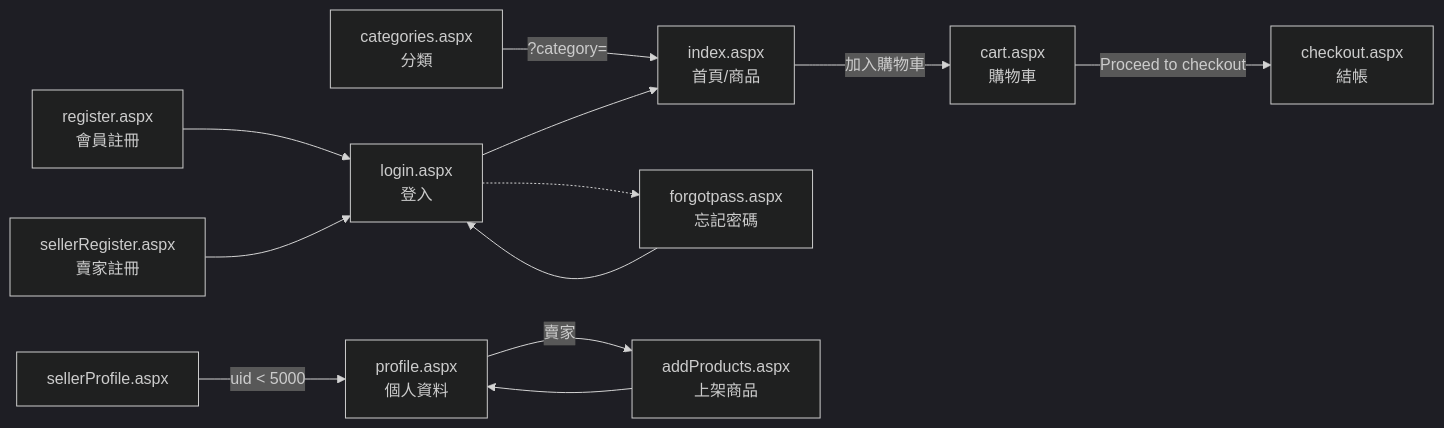
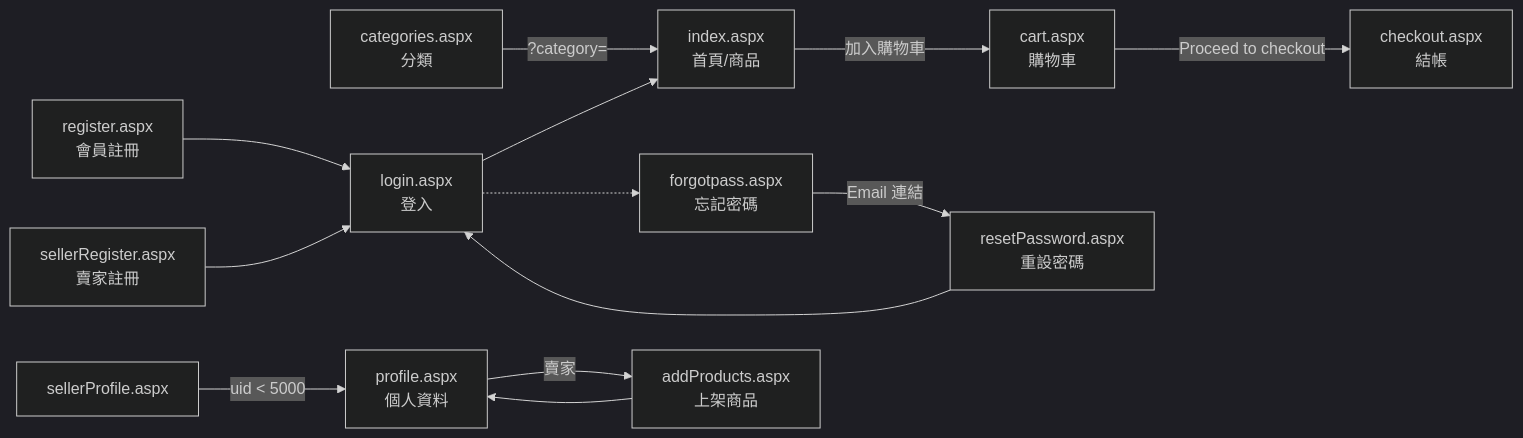
One commit to jeff1121/Shopping-Website changed the first of 2 diagrams in README.md. Above: the diagram before and after it, drawn with Mermaid (dark theme). The commit also changed other lines of this file and 17 other files, not shown here.

````diff
--- a/README.md
+++ b/README.md
@@ -241,14 +244,15 @@
 ```mermaid
 flowchart LR
     index[index.aspx<br/>首頁/商品] -->|加入購物車| cart[cart.aspx<br/>購物車]
     categories[categories.aspx<br/>分類] -->|?category=| index
     cart -->|Proceed to checkout| checkout[checkout.aspx<br/>結帳]
     login[login.aspx<br/>登入] --> index
     register[register.aspx<br/>會員註冊] --> login
     sellerRegister[sellerRegister.aspx<br/>賣家註冊] --> login
-    forgot[forgotpass.aspx<br/>忘記密碼] --> login
+    forgot[forgotpass.aspx<br/>忘記密碼] -->|Email 連結| reset[resetPassword.aspx<br/>重設密碼]
+    reset --> login
     login -.-> forgot
     profile[profile.aspx<br/>個人資料] -->|賣家| add[addProducts.aspx<br/>上架商品]
     add --> profile
     sellerProfile[sellerProfile.aspx] -->|uid < 5000| profile
 ```
````
